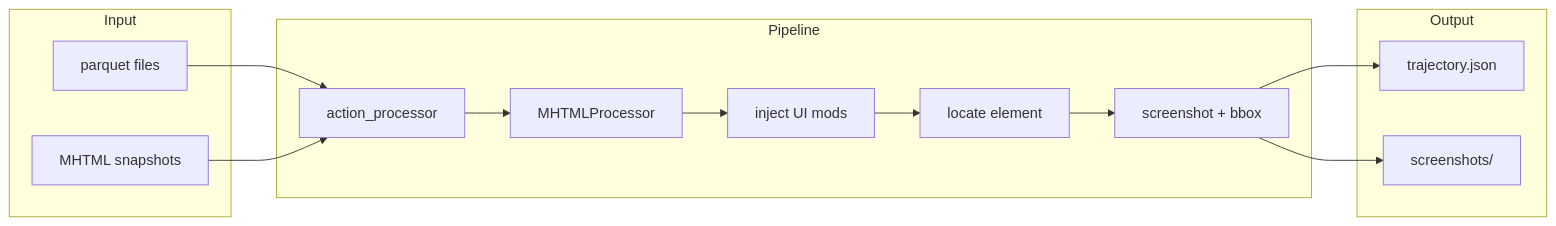
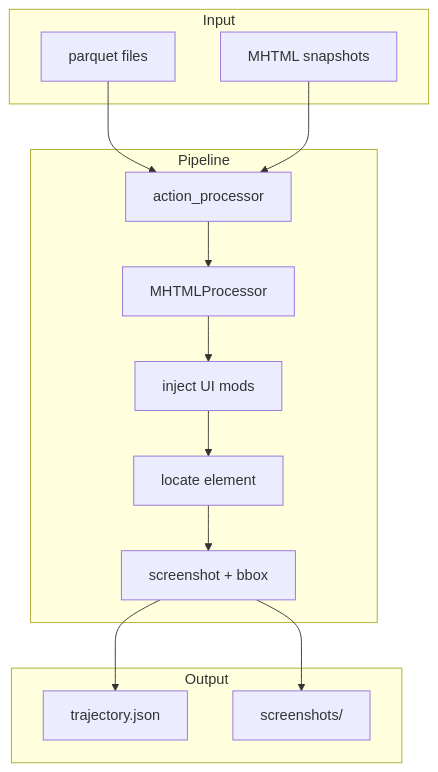
The diagram in README.md (ManifoldRG/GUI-DR), drawn with Mermaid before and after one commit. The commit also changed other lines of this file and 2 other files, not shown here.

````diff
--- a/README.md
+++ b/README.md
@@ -143,26 +149,26 @@
 ```mermaid
-flowchart LR
+flowchart TB
   subgraph input [Input]
     Parquet[parquet files]
     MHTML[MHTML snapshots]
   end
   subgraph pipeline [Pipeline]
     ActionProc[action_processor]
     MHTMLProc[MHTMLProcessor]
     Inject[inject UI mods]
     Locate[locate element]
     Screenshot[screenshot + bbox]
   end
   subgraph output [Output]
     Trajectory[trajectory.json]
     Screens[screenshots/]
   end
   Parquet --> ActionProc
   MHTML --> ActionProc
   ActionProc --> MHTMLProc
   MHTMLProc --> Inject
   Inject --> Locate
   Locate --> Screenshot
   Screenshot --> Trajectory
   Screenshot --> Screens
 ```
````
